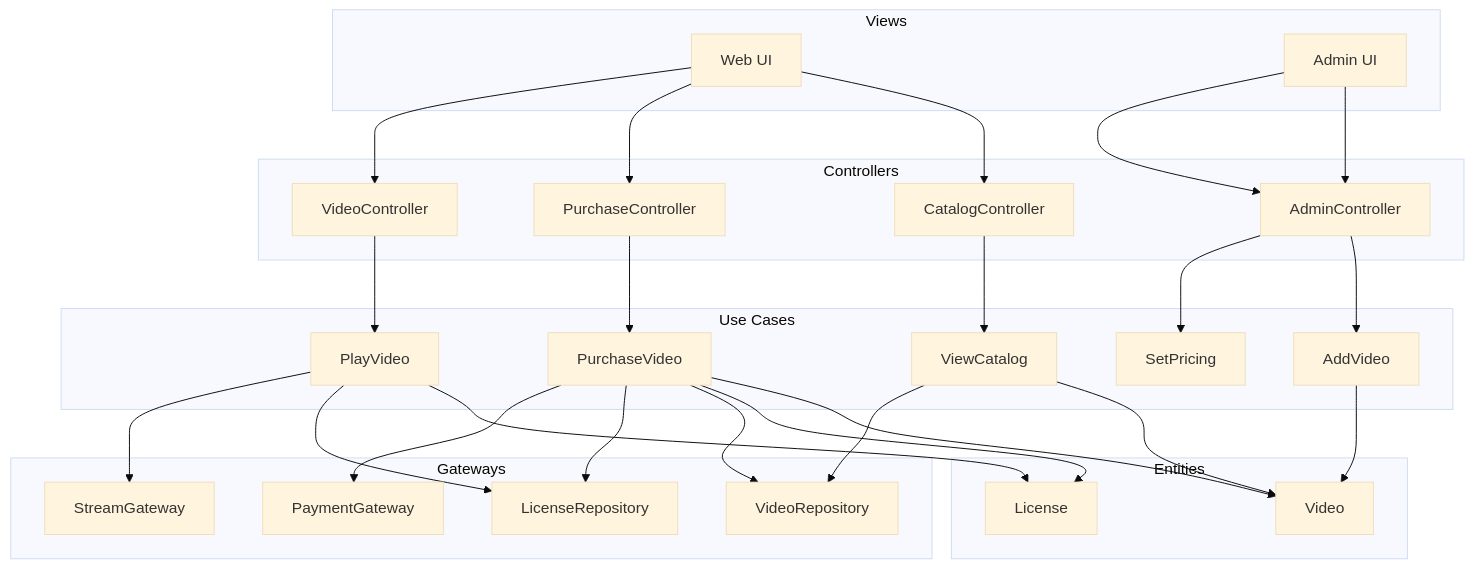
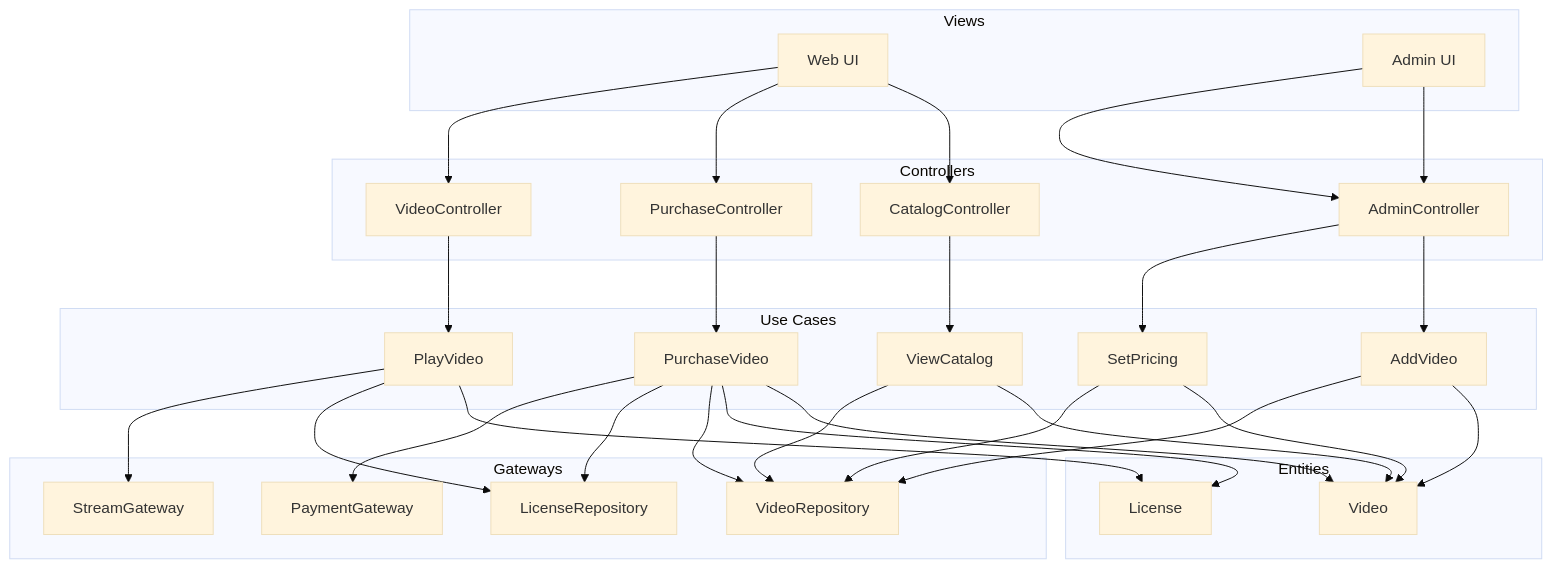
The fourth of 5 diagrams in content/collection/cleanarchitecture/44-case-study-video-sales-system/index.md (42jerrykim/42jerrykim.github.io), drawn with Mermaid (base theme) before and after one commit. The commit also changed other lines of this file, not shown here.

First line of the commit message:
fix: 44장 2차 채점 피드백 반영 (다이어그램 누락 엣지, 모순 문장)

````diff
--- a/content/collection/cleanarchitecture/44-case-study-video-sales-system/index.md
+++ b/content/collection/cleanarchitecture/44-case-study-video-sales-system/index.md
@@ -384,53 +384,56 @@
 ```mermaid
 flowchart TB
     subgraph View [Views]
         WEB[Web UI]
         ADMIN_UI[Admin UI]
     end
     
     subgraph Controllers [Controllers]
         CAT_CTRL[CatalogController]
         PUR_CTRL[PurchaseController]
         VID_CTRL[VideoController]
         ADM_CTRL[AdminController]
     end
     
     subgraph UseCases [Use Cases]
         VIEW_CAT[ViewCatalog]
         PLAY[PlayVideo]
         PURCHASE[PurchaseVideo]
         ADD_VID[AddVideo]
         SET_PRICE[SetPricing]
     end
     
     subgraph Entities [Entities]
         VIDEO[Video]
         LICENSE[License]
     end
     
     subgraph Gateways [Gateways]
         VID_REPO[VideoRepository]
         LIC_REPO[LicenseRepository]
         PAY_GW[PaymentGateway]
         STREAM_GW[StreamGateway]
     end
     
     WEB --> CAT_CTRL --> VIEW_CAT
     WEB --> PUR_CTRL --> PURCHASE
     WEB --> VID_CTRL --> PLAY
     ADMIN_UI --> ADM_CTRL --> ADD_VID
     ADMIN_UI --> ADM_CTRL --> SET_PRICE
     
     VIEW_CAT --> VIDEO
     PLAY --> LICENSE
     PURCHASE --> VIDEO
     PURCHASE --> LICENSE
     ADD_VID --> VIDEO
+    SET_PRICE --> VIDEO
     
     VIEW_CAT --> VID_REPO
     PLAY --> LIC_REPO
     PLAY --> STREAM_GW
     PURCHASE --> VID_REPO
     PURCHASE --> LIC_REPO
     PURCHASE --> PAY_GW
+    ADD_VID --> VID_REPO
+    SET_PRICE --> VID_REPO
 ```
````
